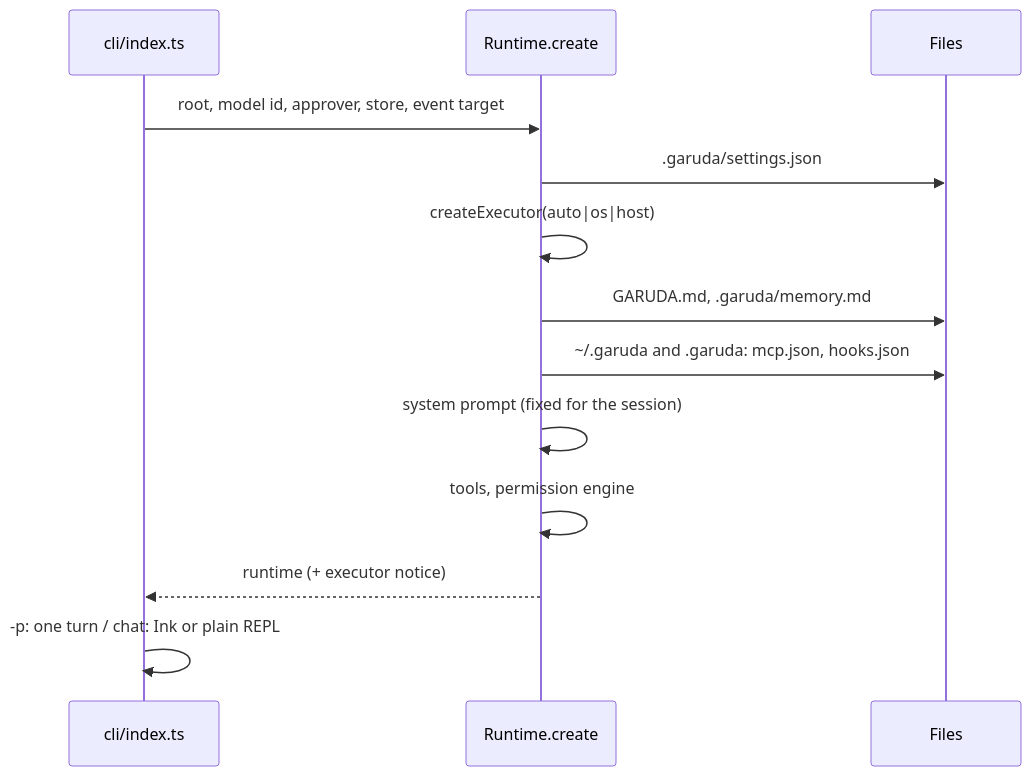
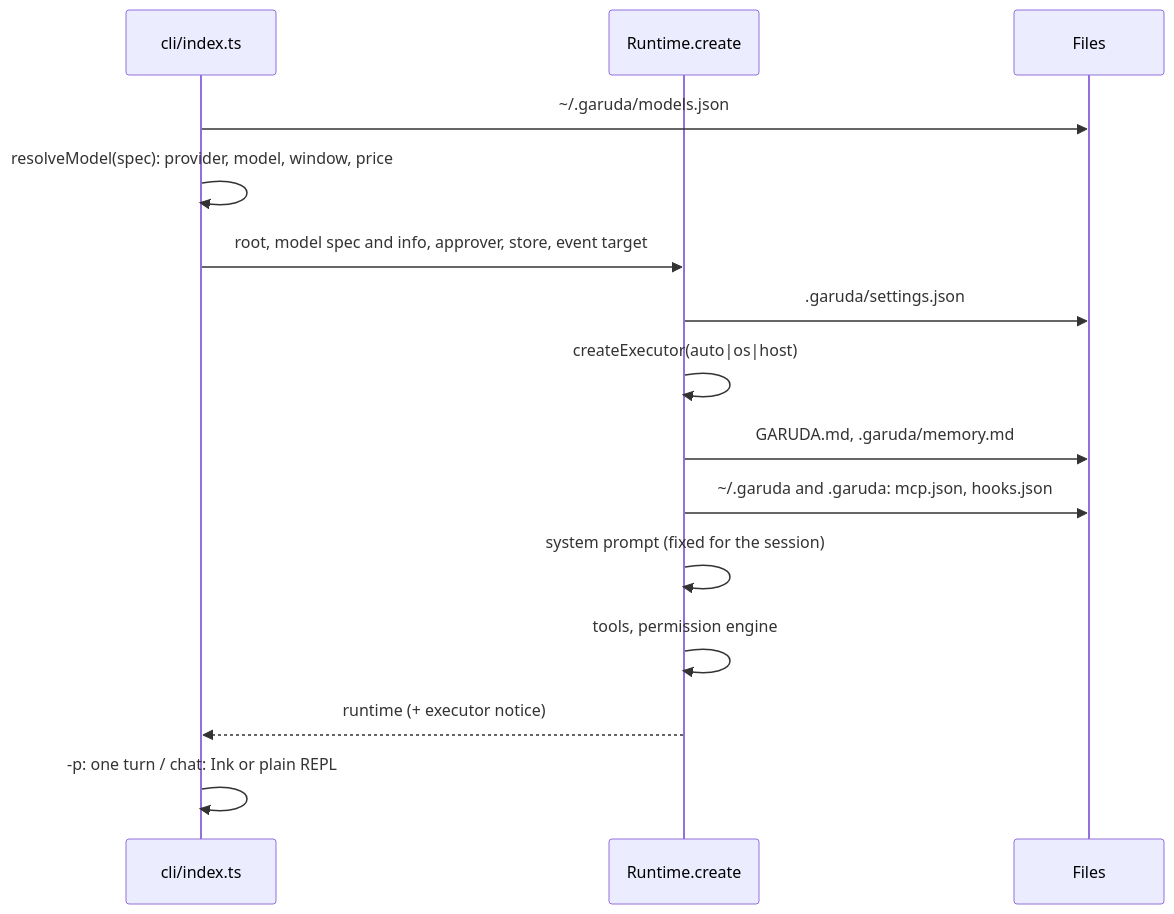
Before and after one commit to madhu-sv/garuda: the first of 5 diagrams in docs/hld.md, drawn with Mermaid. The commit also changed other lines of this file and 20 other files, not shown here.

````diff
--- a/docs/hld.md
+++ b/docs/hld.md
@@ -18,15 +19,17 @@
 ```mermaid
 sequenceDiagram
   participant CLI as cli/index.ts
   participant RT as Runtime.create
   participant FS as Files
-  CLI->>RT: root, model id, approver, store, event target
+  CLI->>FS: ~/.garuda/models.json
+  CLI->>CLI: resolveModel(spec): provider, model, window, price
+  CLI->>RT: root, model spec and info, approver, store, event target
   RT->>FS: .garuda/settings.json
   RT->>RT: createExecutor(auto|os|host)
   RT->>FS: GARUDA.md, .garuda/memory.md
   RT->>FS: ~/.garuda and .garuda: mcp.json, hooks.json
   RT->>RT: system prompt (fixed for the session)
   RT->>RT: tools, permission engine
   RT-->>CLI: runtime (+ executor notice)
   CLI->>CLI: -p: one turn / chat: Ink or plain REPL
 ```
````
